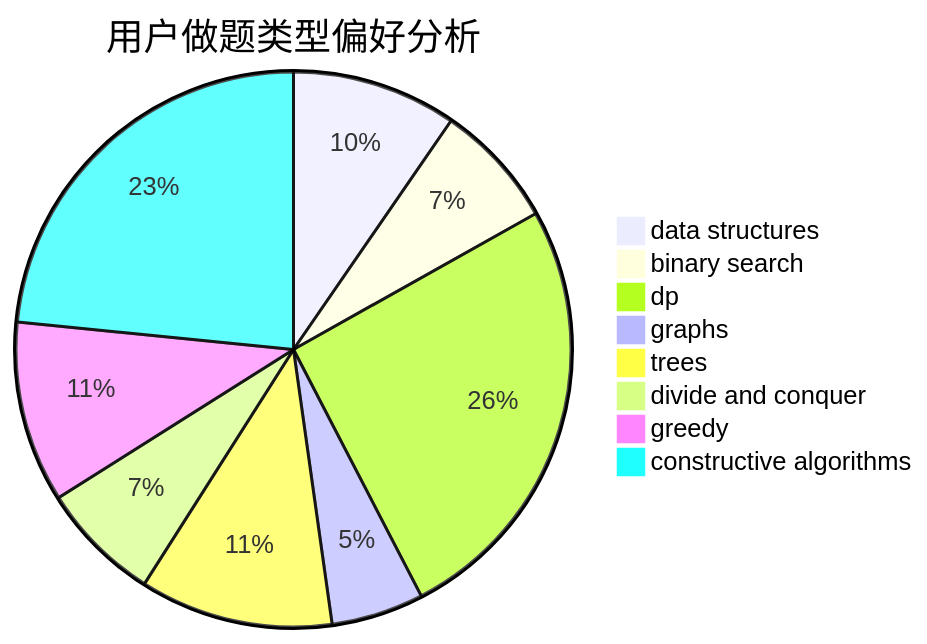
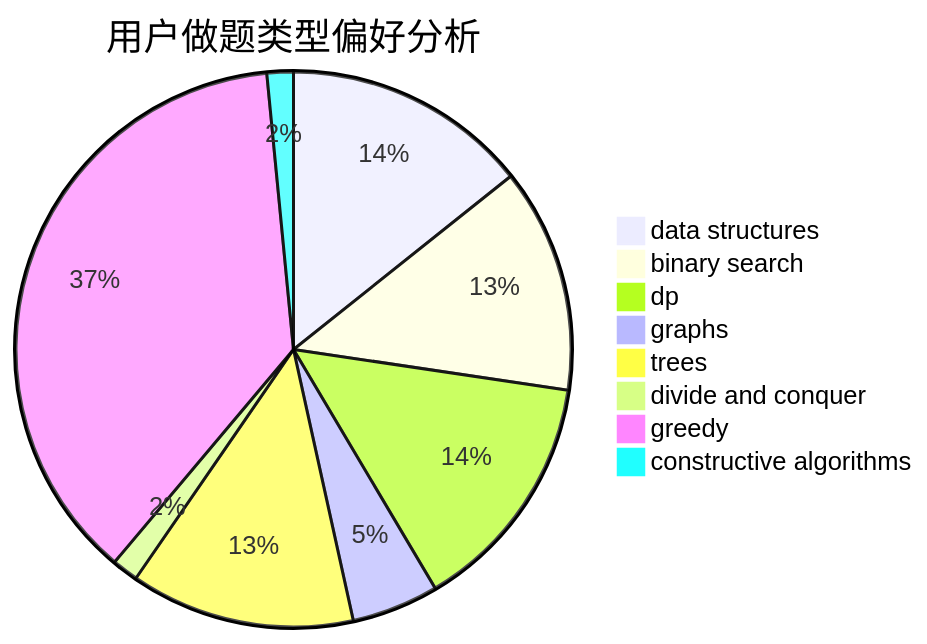
The second of 3 diagrams in docs/user/u2373.md (sherpahu/cfrs.github.io), drawn with Mermaid before and after one commit. The commit also changed other lines of this file and 2770 other files, not shown here.

````diff
--- a/docs/user/u2373.md
+++ b/docs/user/u2373.md
@@ -23,11 +23,11 @@
 ```mermaid
 pie title 用户做题类型偏好分析
-    "data structures" :  41
-    "binary search" :  31
-    "dp" :  109
-    "graphs" :  23
-    "trees" :  48
-    "divide and conquer" :  30
-    "greedy" :  45
-    "constructive algorithms" :  100
+    "data structures" :  93
+    "binary search" :  85
+    "dp" :  92
+    "graphs" :  33
+    "trees" :  85
+    "divide and conquer" :  10
+    "greedy" :  243
+    "constructive algorithms" :  10
 ```
````
